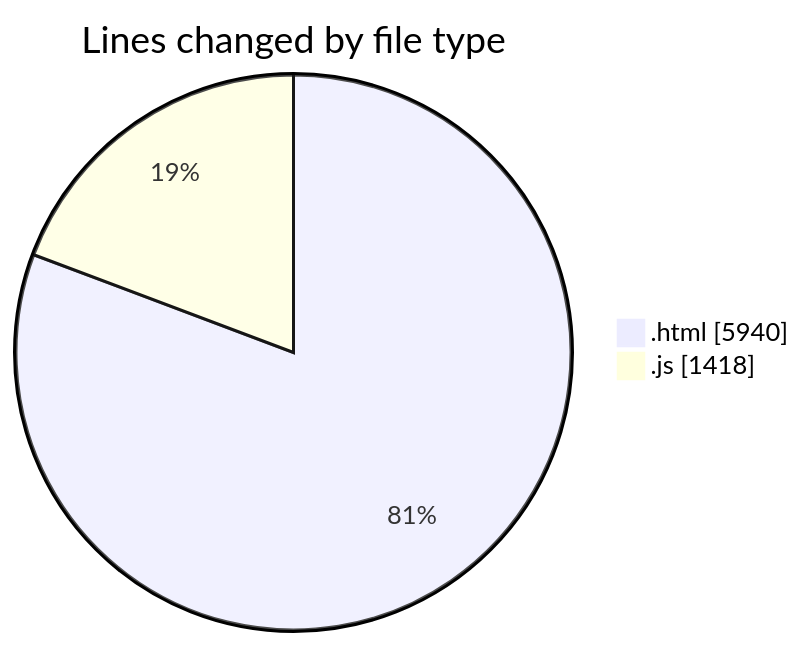
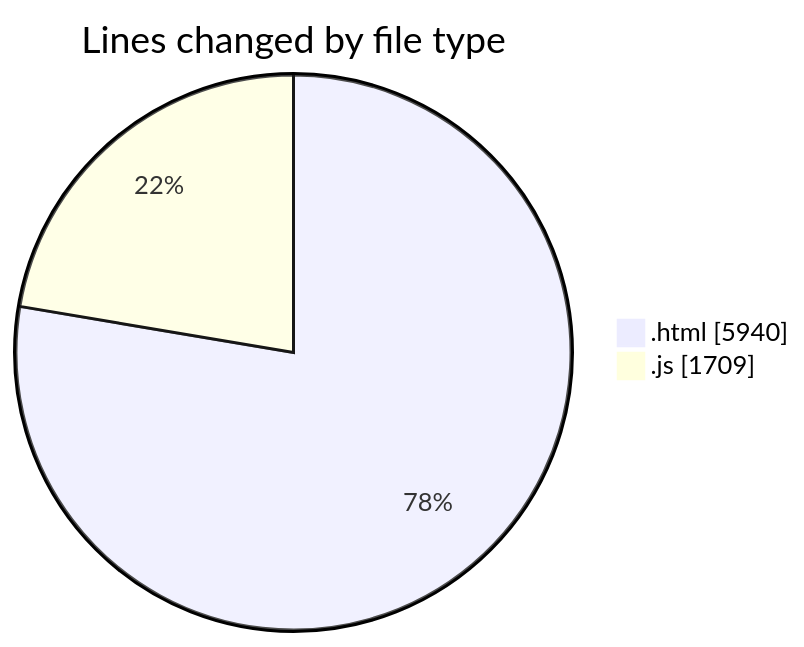
Before and after one commit to nxtqubesakshisongat/code-tracking: the first of 2 diagrams in 2025-08-10/nxtqube_webapp/README.md, drawn with Mermaid. The commit also changed other lines of this file and 1 other file, not shown here.

````diff
--- a/2025-08-10/nxtqube_webapp/README.md
+++ b/2025-08-10/nxtqube_webapp/README.md
@@ -23,6 +23,6 @@
 ```mermaid
 pie showData
 title Lines changed by file type
 ".html" : 5940
-".js" : 1418
+".js" : 1709
 ```
````
